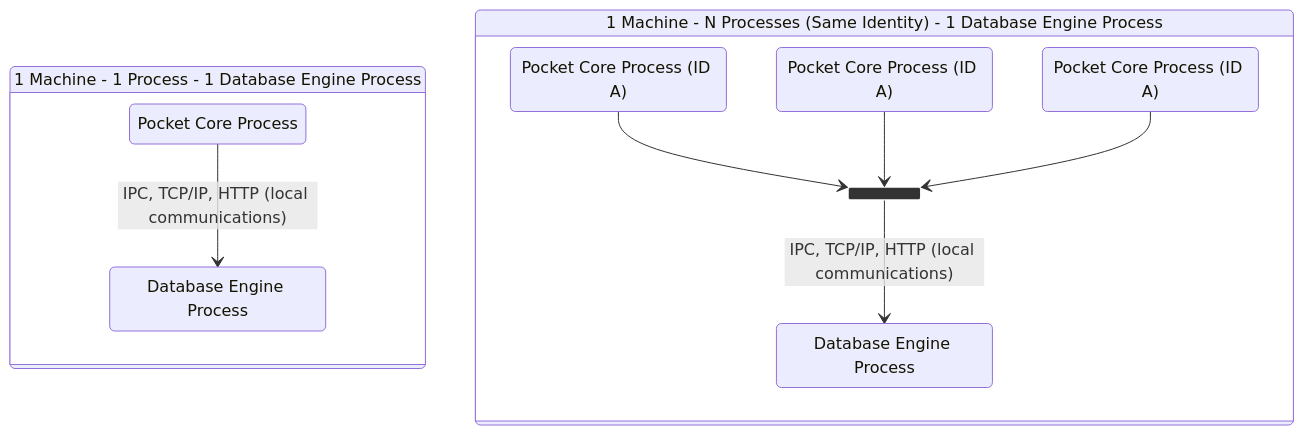
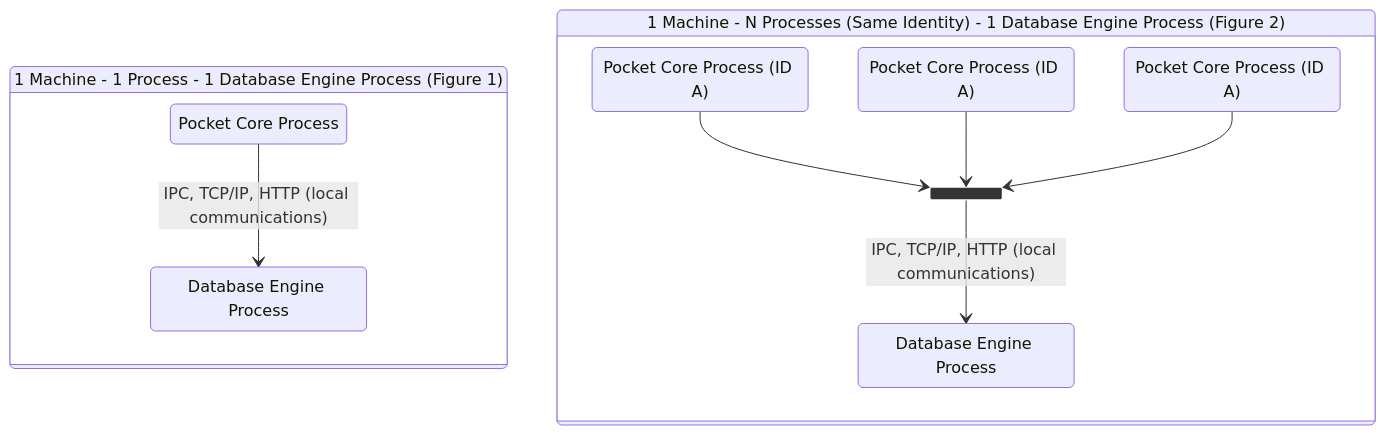
Before and after one commit to pokt-network/pocket-network-protocol: the first of 5 diagrams in persistence/README.md, drawn with Mermaid. The commit also changed other lines of this file, not shown here.

Commit message:
Added some figure numbers

````diff
--- a/persistence/README.md
+++ b/persistence/README.md
@@ -84,26 +84,26 @@
 ```mermaid
 stateDiagram-v2
-    Fig1: 1 Machine - 1 Process - 1 Database Engine Process
-    Fig2: 1 Machine - N Processes (Same Identity) - 1 Database Engine Process
+    Fig1: 1 Machine - 1 Process - 1 Database Engine Process (Figure 1)
+    Fig2: 1 Machine - N Processes (Same Identity) - 1 Database Engine Process (Figure 2)
 
     state Fig1 {
         P: Pocket Core Process
         DB: Database Engine Process
         P --> DB: IPC, TCP/IP, HTTP (local communications)
 
     }
 
     state Fig2 {
         PA1: Pocket Core Process (ID A)
         PA2: Pocket Core Process (ID A)
         PA3: Pocket Core Process (ID A)
         B: Database Engine Process
 
         state join_state2 <<join>>
         PA1 --> join_state2
         PA2 --> join_state2
         PA3 --> join_state2
         join_state2 --> B: IPC, TCP/IP, HTTP (local communications)
     }
 
 ```
````
